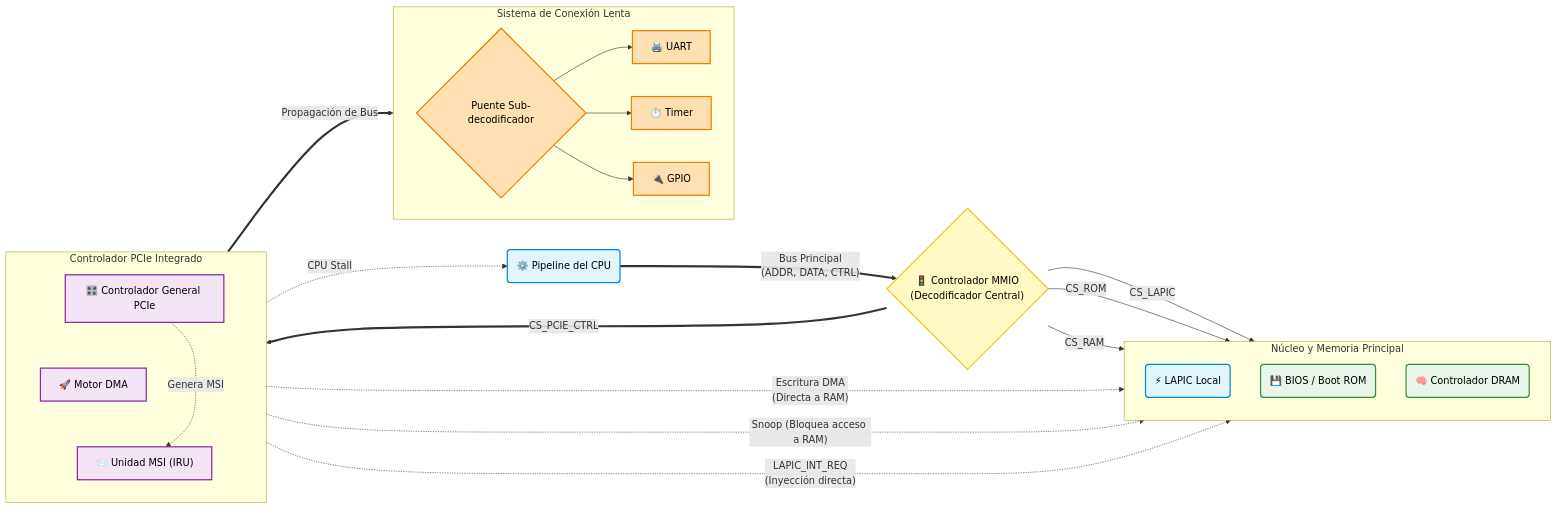
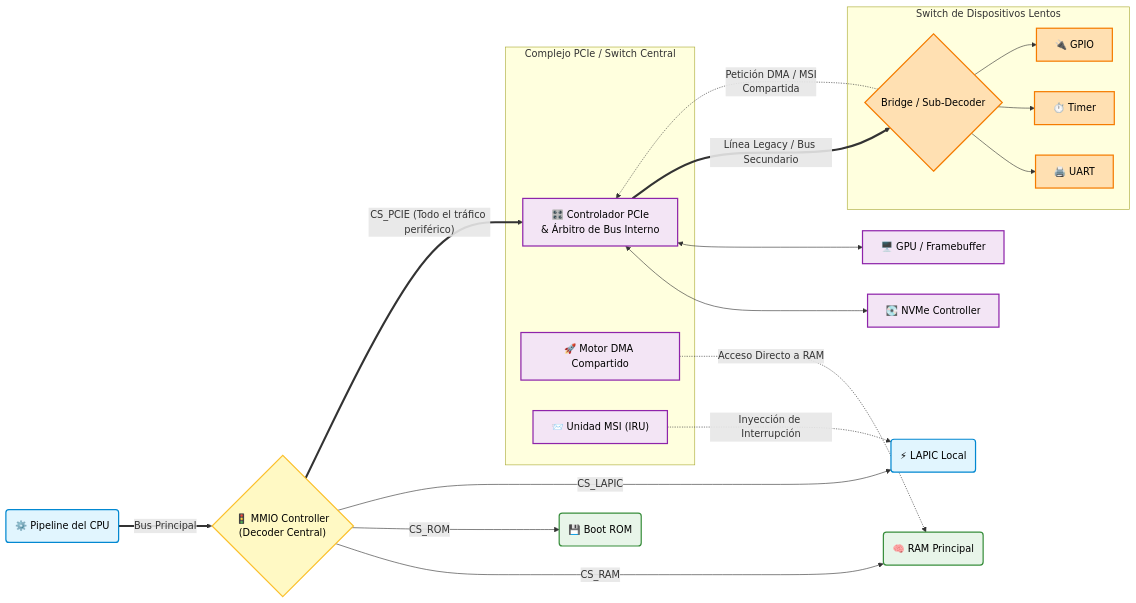
Before and after one commit to Licha-M/Procesador-32-bits: the diagram in Memory/VHD_MMIO/Circuit_Design_Specs.md, drawn with Mermaid. The commit also changed 2 other files, not shown here.

Commit message:
Se sigue arreglando la documentación para la nueva jerarquia del sistema

````diff
--- a/Memory/VHD_MMIO/Circuit_Design_Specs.md
+++ b/Memory/VHD_MMIO/Circuit_Design_Specs.md
@@ -405,79 +405,72 @@
 ```mermaid
 graph LR
     %% ==========================================
-    %% Definición de colores y estilos
+    %% Estilos de los Bloques
     %% ==========================================
     classDef cpu fill:#e1f5fe,stroke:#0288d1,stroke-width:2px,color:#000
     classDef mmio fill:#fff9c4,stroke:#fbc02d,stroke-width:2px,color:#000
     classDef mem fill:#e8f5e9,stroke:#388e3c,stroke-width:2px,color:#000
     classDef pcie fill:#f3e5f5,stroke:#8e24aa,stroke-width:2px,color:#000
     classDef slow fill:#ffe0b2,stroke:#f57c00,stroke-width:2px,color:#000
-    classDef invisible fill:none,stroke:none,color:none
 
     %% ==========================================
-    %% ORIGEN Y ENRUTAMIENTO PRINCIPAL
+    %% NIVEL CENTRAL (CPU Y MMIO)
     %% ==========================================
     CPU("⚙️ Pipeline del CPU"):::cpu
-    MMIO{"🚦 Controlador MMIO\n(Decodificador Central)"}:::mmio
+    MMIO{"🚦 MMIO Controller\n(Decoder Central)"}:::mmio
 
-    CPU == "Bus Principal\n(ADDR, DATA, CTRL)" ==> MMIO
+    CPU == "Bus Principal" ==> MMIO
+
+    %% Dispositivos directos del MMIO (Solo 3 o 4)
+    RAM("🧠 RAM Principal"):::mem
+    BIOS("💾 Boot ROM"):::mem
+    LAPIC("⚡ LAPIC Local"):::cpu
+
+    MMIO -- "CS_RAM" --> RAM
+    MMIO -- "CS_ROM" --> BIOS
+    MMIO -- "CS_LAPIC" --> LAPIC
 
     %% ==========================================
-    %% NIVEL 1: Core y Memoria
+    %% EL "NODO" PCIE CENTRAL (Actúa como Switch)
     %% ==========================================
-    subgraph Zona_Core_Memoria [Núcleo y Memoria Principal]
-        direction TB
-        LAPIC("⚡ LAPIC Local"):::cpu
-        BIOS("💾 BIOS / Boot ROM"):::mem
-        RAM("🧠 Controlador DRAM"):::mem
+    subgraph COMPLEJO_PCIE [Complejo PCIe / Switch Central]
+        PCIE_CTRL["🎛️ Controlador PCIe\n& Árbitro de Bus Interno"]:::pcie
+        DMA["🚀 Motor DMA Compartido"]:::pcie
+        MSI["📨 Unidad MSI (IRU)"]:::pcie
     end
 
-    MMIO -- "CS_LAPIC" --> LAPIC
-    MMIO -- "CS_ROM" --> BIOS
-    MMIO -- "CS_RAM" --> RAM
+    MMIO == "CS_PCIE (Todo el tráfico periférico)" ==> PCIE_CTRL
+
+    %% Dispositivos de Alta Velocidad pegados al PCIe
+    NVME["💽 NVMe Controller"]:::pcie
+    GPU["🖥️ GPU / Framebuffer"]:::pcie
+
+    PCIE_CTRL <--> NVME
+    PCIE_CTRL <--> GPU
 
     %% ==========================================
-    %% NIVEL 1: Complejo de Alta Velocidad (PCIe)
+    %% EL PUENTE LENTO (Detrás del PCIe)
     %% ==========================================
-    subgraph Subsistema_PCIe [Controlador PCIe Integrado]
-        direction TB
-        PCIE["🎛️ Controlador General PCIe"]:::pcie
-        DMA["🚀 Motor DMA"]:::pcie
-        MSI["📨 Unidad MSI (IRU)"]:::pcie
-        
-        %% Uniones invisibles solo para alinear verticalmente dentro de la caja
-        PCIE ~~~ DMA ~~~ MSI 
-    end
-
-    MMIO == "CS_PCIE_CTRL" ==> PCIE
-
-    %% ==========================================
-    %% NIVEL 2: Dispositivos de Baja Velocidad
-    %% ==========================================
-    subgraph Puente_Lento [Sistema de Conexión Lenta]
-        direction LR
-        SLOW{"Puente Sub-decodificador"}:::slow
+    subgraph PUENTE_LENTO [Switch de Dispositivos Lentos]
+        SWITCH_LENTO{"Bridge / Sub-Decoder"}:::slow
         UART["🖨️ UART"]:::slow
         TIMER["⏱️ Timer"]:::slow
         GPIO["🔌 GPIO"]:::slow
-        
-        SLOW --> UART
-        SLOW --> TIMER
-        SLOW --> GPIO
     end
 
-    PCIE == "Propagación de Bus" ==> SLOW
+    %% El PCIe enruta el tráfico hacia el switch lento si la dirección coincide
+    PCIE_CTRL == "Línea Legacy / Bus Secundario" ==> SWITCH_LENTO
+    
+    SWITCH_LENTO --> UART
+    SWITCH_LENTO --> TIMER
+    SWITCH_LENTO --> GPIO
 
     %% ==========================================
-    %% RUTAS ASÍNCRONAS Y ESPECIALES (Líneas Punteadas)
+    %% LA MAGIA: Líneas de compartición DMA/MSI desde los lentos
     %% ==========================================
+    SWITCH_LENTO -. "Petición DMA / MSI\nCompartida" .-> PCIE_CTRL
     
-    %% DMA Access
-    DMA -. "Escritura DMA\n(Directa a RAM)" .-> RAM
-    DMA -. "CPU Stall" .-> CPU
-    
-    %% MSI Interrupt Flow
-    PCIE -. "Genera MSI" .-> MSI
-    MSI -. "Snoop (Bloquea acceso a RAM)" .-> RAM
-    MSI -. "LAPIC_INT_REQ\n(Inyección directa)" .-> LAPIC
+    %% Retornos de infraestructura del bloque PCIe hacia el sistema global
+    DMA -. "Acceso Directo a RAM" .-> RAM
+    MSI -. "Inyección de Interrupción" .-> LAPIC
 ``` 
````
